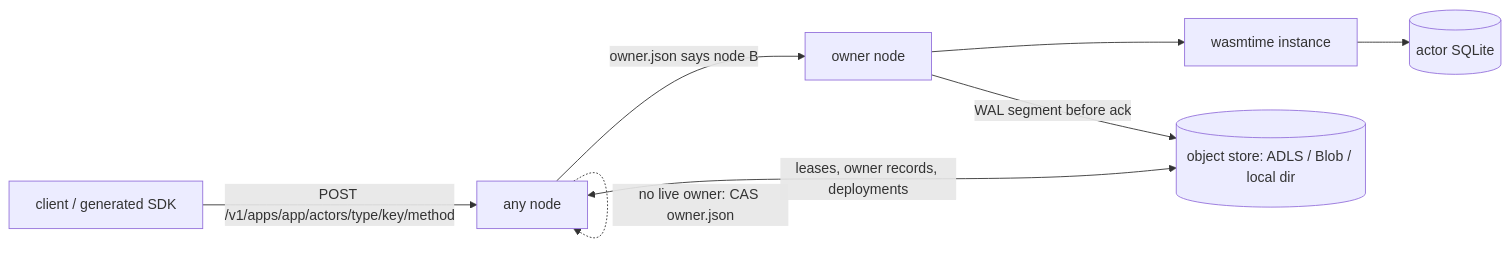
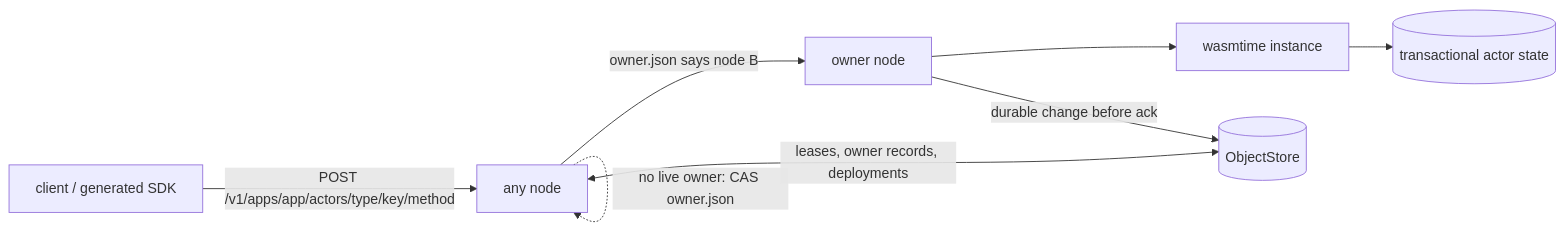
The first of 2 diagrams in docs/architecture.md (nnanto/statex), drawn with Mermaid before and after one commit. The commit also changed other lines of this file and 85 other files, not shown here.

````diff
--- a/docs/architecture.md
+++ b/docs/architecture.md
@@ -7,9 +7,9 @@
 ```mermaid
 flowchart LR
   C[client / generated SDK] -->|POST /v1/apps/app/actors/type/key/method| A[any node]
   A -->|owner.json says node B| B[owner node]
   A -.->|no live owner: CAS owner.json| A
-  B --> W[wasmtime instance] --> D[(actor SQLite)]
-  B -->|WAL segment before ack| S[(object store: ADLS / Blob / local dir)]
+  B --> W[wasmtime instance] --> D[(transactional actor state)]
+  B -->|durable change before ack| S[(ObjectStore)]
   A <-->|leases, owner records, deployments| S
 ```
````
